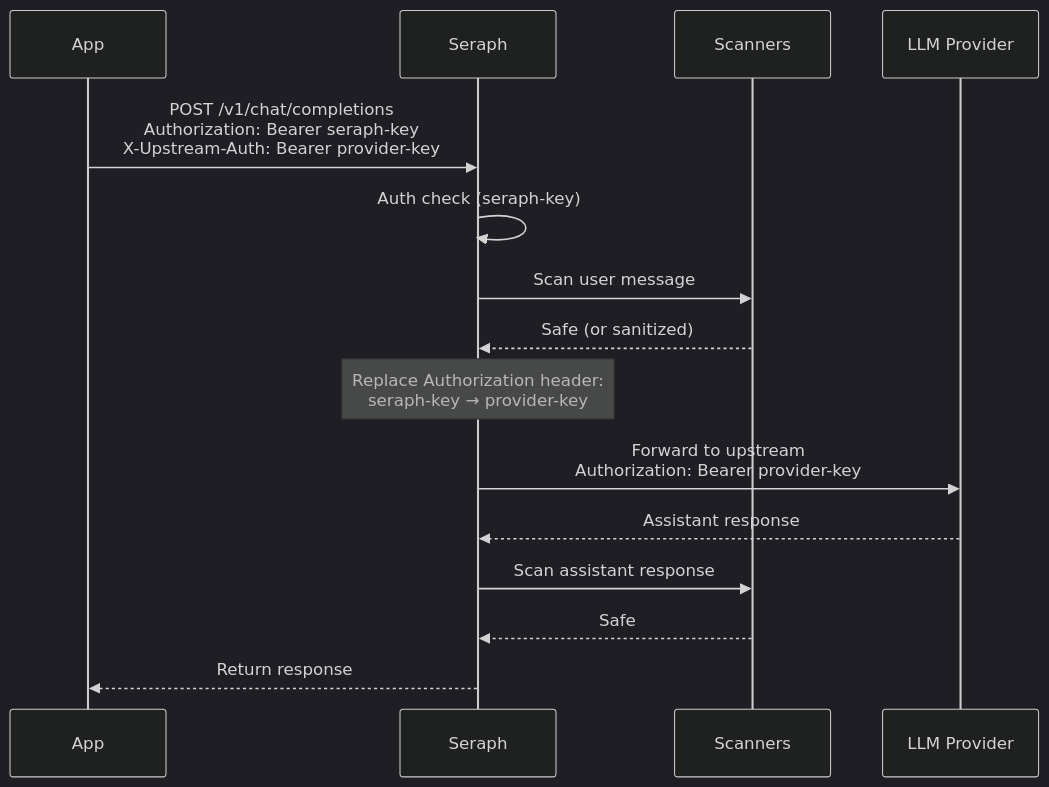
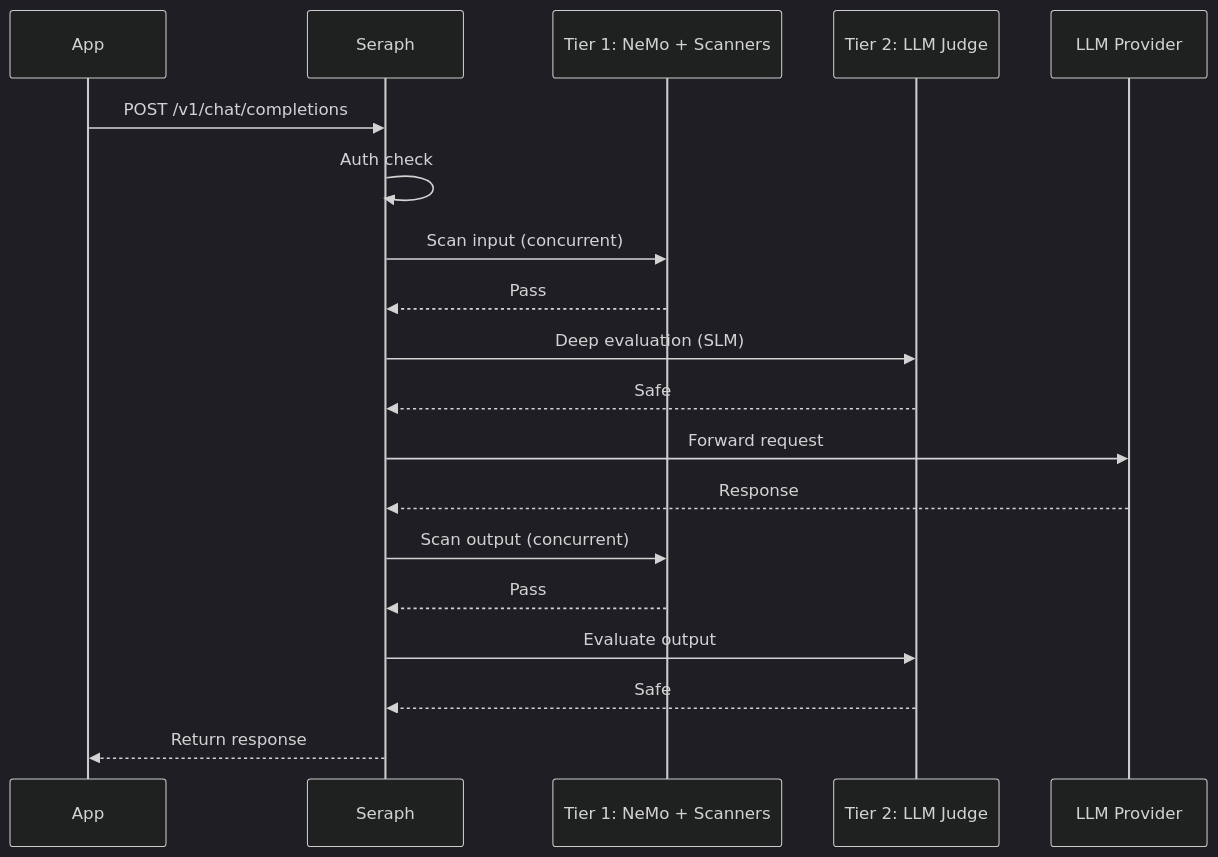
Before and after one commit to 0x0pointer/seraph: the second of 2 diagrams in README.md, drawn with Mermaid (dark theme). The commit also changed other lines of this file and 22 other files, not shown here.

First line of the commit message:
refactor: replace llm-guard with NeMo Guardrails + LLM-as-a-Judge (LangGraph)

````diff
--- a/README.md
+++ b/README.md
@@ -35,24 +97,27 @@
 ```mermaid
 sequenceDiagram
     participant App
     participant Seraph
-    participant Scanners as Scanners
+    participant NeMo as Tier 1: NeMo + Scanners
+    participant Judge as Tier 2: LLM Judge
     participant LLM as LLM Provider
 
-    App->>Seraph: POST /v1/chat/completions<br/>Authorization: Bearer seraph-key<br/>X-Upstream-Auth: Bearer provider-key
+    App->>Seraph: POST /v1/chat/completions
 
-    Seraph->>Seraph: Auth check (seraph-key)
-    Seraph->>Scanners: Scan user message
-    Scanners-->>Seraph: Safe (or sanitized)
+    Seraph->>Seraph: Auth check
+    Seraph->>NeMo: Scan input (concurrent)
+    NeMo-->>Seraph: Pass
+    Seraph->>Judge: Deep evaluation (SLM)
+    Judge-->>Seraph: Safe
 
-    Note over Seraph: Replace Authorization header:<br/>seraph-key → provider-key
+    Seraph->>LLM: Forward request
 
-    Seraph->>LLM: Forward to upstream<br/>Authorization: Bearer provider-key
+    LLM-->>Seraph: Response
 
-    LLM-->>Seraph: Assistant response
-
-    Seraph->>Scanners: Scan assistant response
-    Scanners-->>Seraph: Safe
+    Seraph->>NeMo: Scan output (concurrent)
+    NeMo-->>Seraph: Pass
+    Seraph->>Judge: Evaluate output
+    Judge-->>Seraph: Safe
 
     Seraph-->>App: Return response
 ```
````
